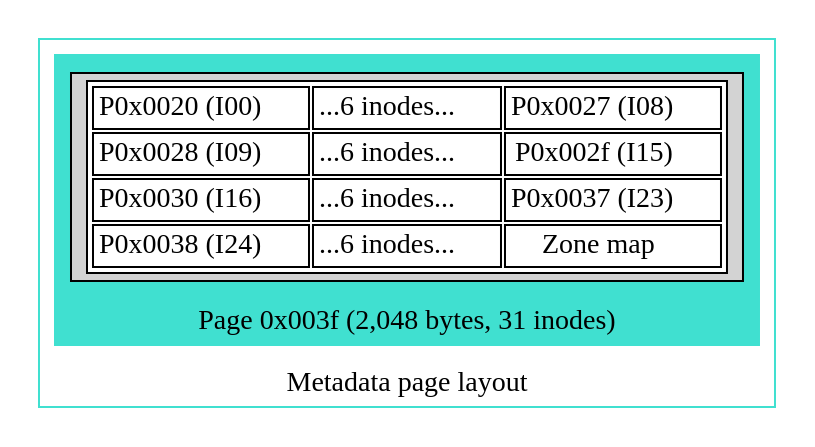
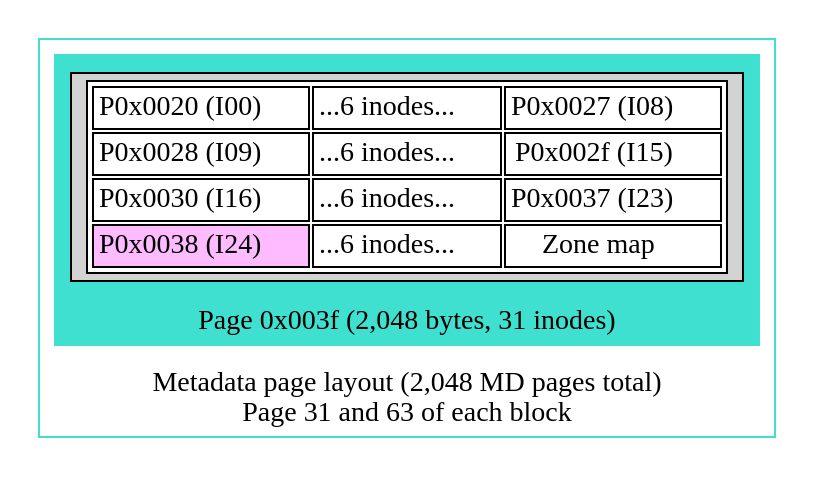
The diagram in 002-µnandfs/metapage.dot (dirty-south-supercomputing/technicalreports), drawn with Graphviz before and after one commit. The commit also changed 4 other files, not shown here.

Commit message:
[002] improve metapage/inode diagrams

```diff
--- a/002-µnandfs/metapage.dot
+++ b/002-µnandfs/metapage.dot
@@ -1,42 +1,42 @@
 digraph G {
 	nodesep="0.1"
 	rankdir=RL;
   subgraph clusterMetadata {
-		label="Metadata page layout";
+		label="Metadata page layout (2,048 MD pages total)\nPage 31 and 63 of each block";
     color=turquoise;
 		labelloc="b";
 		subgraph clusterZoneA {
 			color=turquoise;
 			style=filled;
 			label="bl0";
 			b0 [style=filled,width=4,shape=record,label=
 <<table bgcolor="white">
 <tr>
 <td>P0x0020 (I00)</td>
 <td>...6 inodes...</td>
 <td>P0x0027 (I08)</td>
 </tr>
 
 <tr>
 <td>P0x0028 (I09)</td>
 <td>...6 inodes...</td>
 <td>P0x002f (I15)</td>
 </tr>
 
 <tr>
 <td>P0x0030 (I16)</td>
 <td>...6 inodes...</td>
 <td>P0x0037 (I23)</td>
 </tr>
 
 <tr>
-<td>P0x0038 (I24)</td>
+<td bgcolor="plum1">P0x0038 (I24)</td>
 <td>...6 inodes...</td>
 <td>Zone map</td>
 </tr>
 </table>>
 ];
 			label="Page 0x003f (2,048\ bytes, 31 inodes)";
 		}
   }
 }
```
